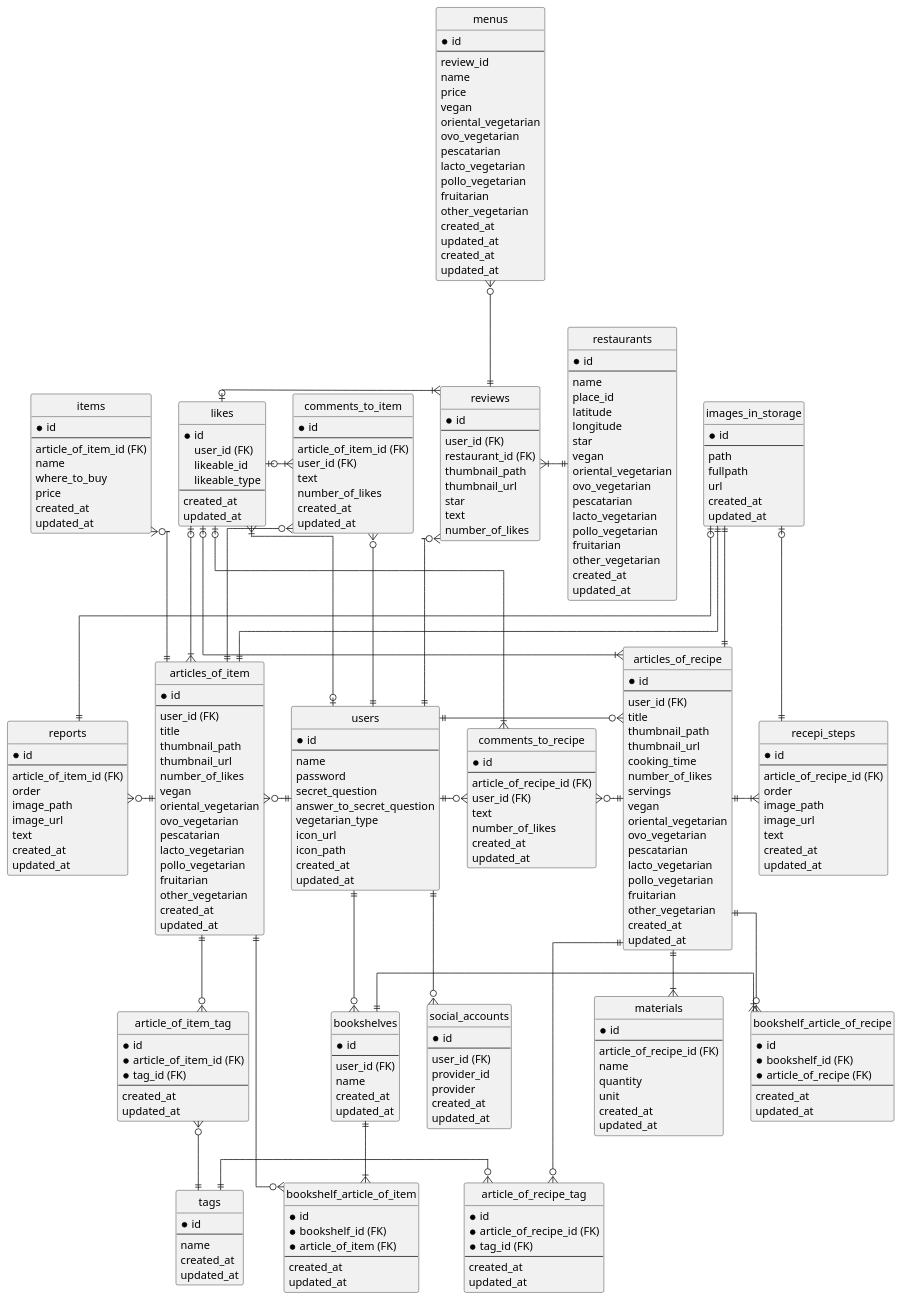
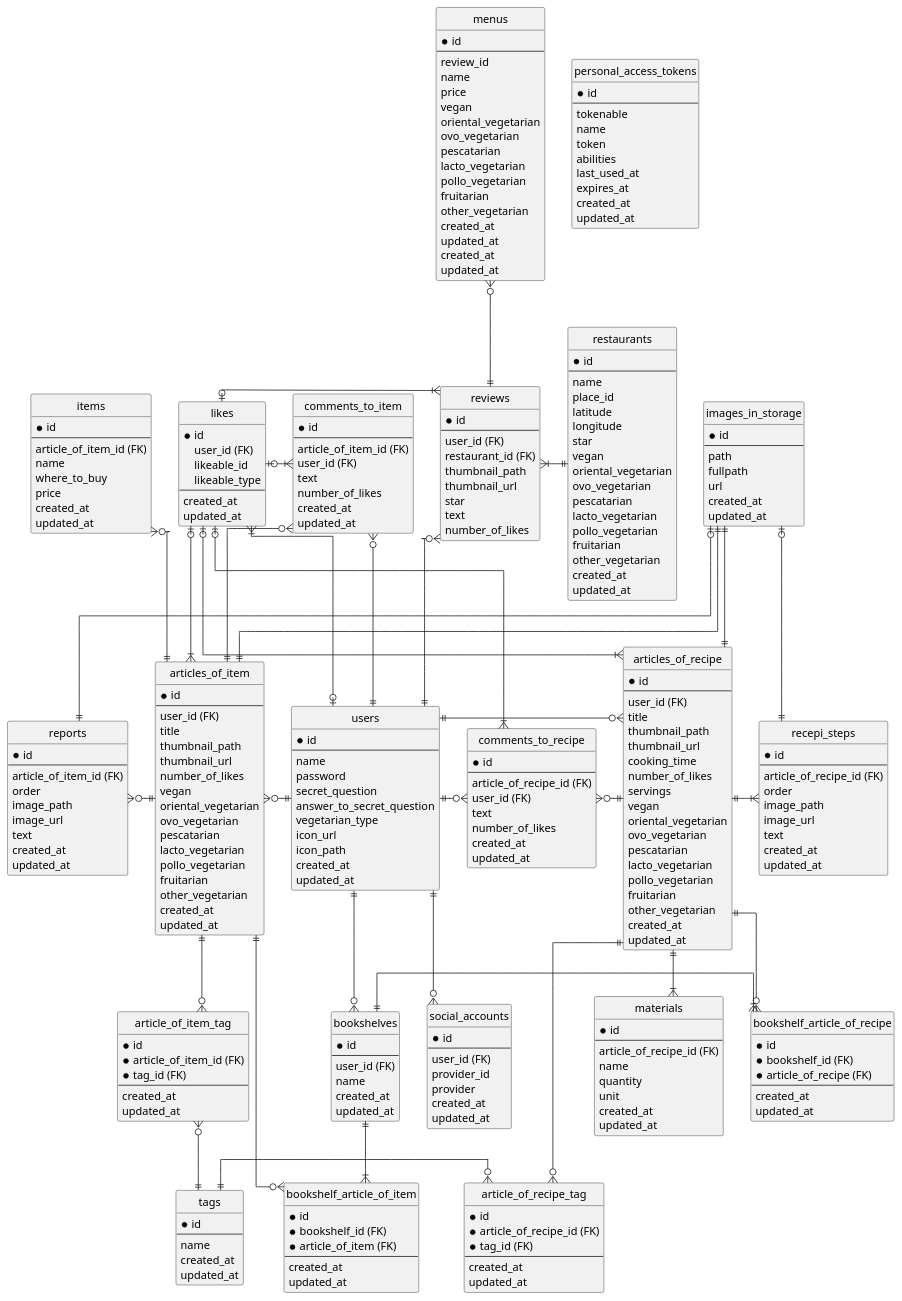
One commit to SayuriOkuyama/Original changed the diagram in documents/er.pu. Above: the diagram before and after it, drawn with PlantUML. The commit also changed 4 other files, not shown here.

Commit message:
テーブル定義書、er.pu 修正

```diff
--- a/documents/er.pu
+++ b/documents/er.pu
@@ -16,6 +16,19 @@
   vegetarian_type
   icon_url
   icon_path
+  created_at
+  updated_at
+}
+
+entity "personal_access_tokens" as personal_access_tokens {
+  *id
+  --
+  tokenable
+  name
+  token
+  abilities
+  last_used_at
+  expires_at
   created_at
   updated_at
 }
```
